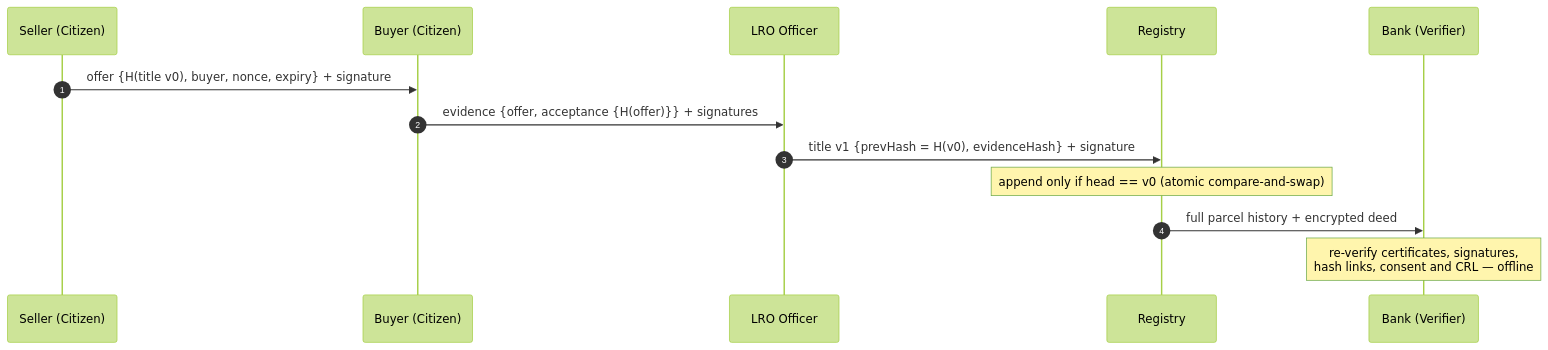
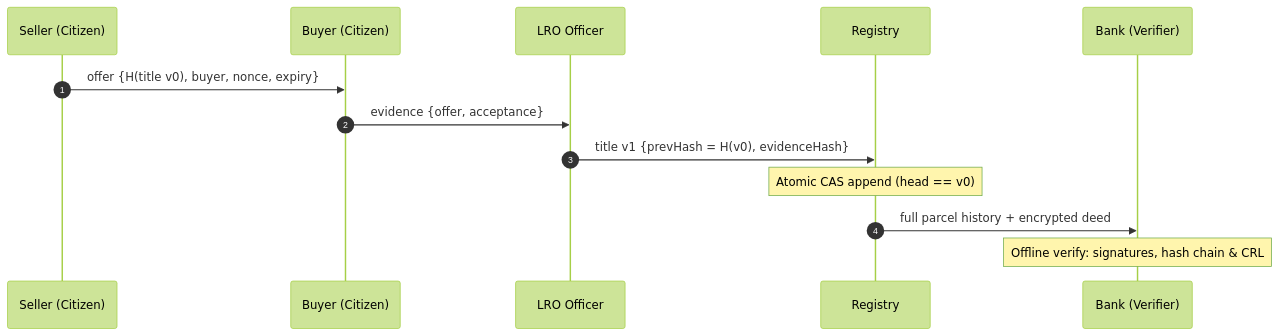
One commit to anmol-chhetri-G/Bhumisign changed the first of 2 diagrams in README.md. Above: the diagram before and after it, drawn with Mermaid (forest theme). The commit also changed other lines of this file and 14 other files, not shown here.

````diff
--- a/README.md
+++ b/README.md
@@ -41,16 +41,16 @@
 ```mermaid
 sequenceDiagram
     autonumber
     participant S as Seller (Citizen)
     participant B as Buyer (Citizen)
     participant O as LRO Officer
     participant R as Registry
     participant V as Bank (Verifier)
 
-    S->>B: offer {H(title v0), buyer, nonce, expiry} + signature
-    B->>O: evidence {offer, acceptance {H(offer)}} + signatures
-    O->>R: title v1 {prevHash = H(v0), evidenceHash} + signature
-    Note over R: append only if head == v0 (atomic compare-and-swap)
+    S->>B: offer {H(title v0), buyer, nonce, expiry}
+    B->>O: evidence {offer, acceptance}
+    O->>R: title v1 {prevHash = H(v0), evidenceHash}
+    Note over R: Atomic CAS append (head == v0)
     R->>V: full parcel history + encrypted deed
-    Note over V: re-verify certificates, signatures,<br/>hash links, consent and CRL — offline
+    Note over V: Offline verify: signatures, hash chain & CRL
 ```
````
